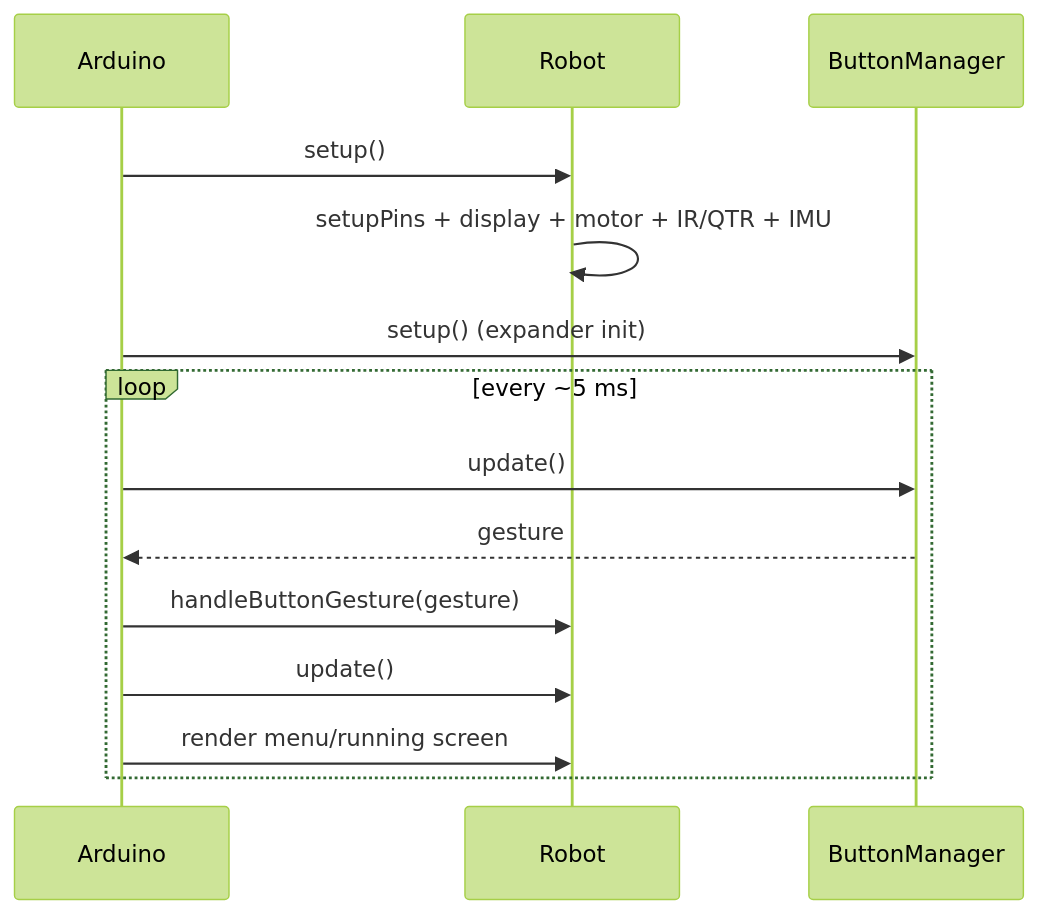
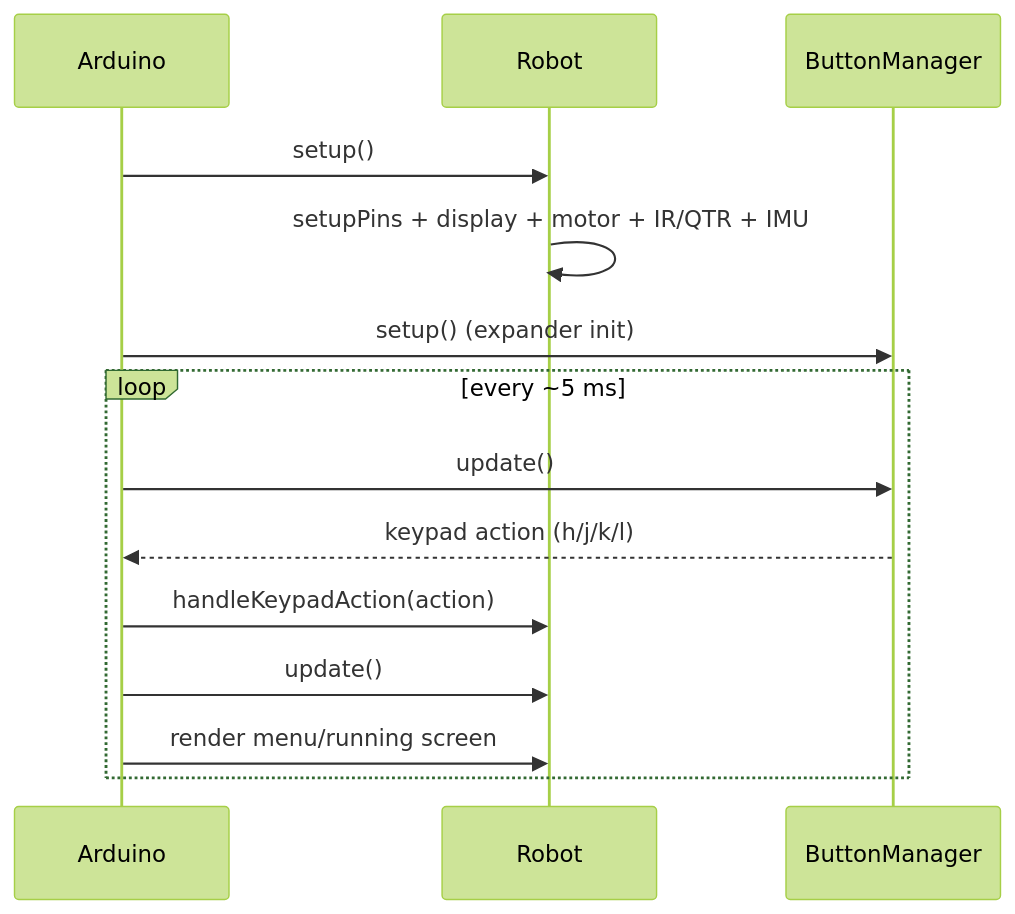
Before and after one commit to progenor/SumoV2: the second of 3 diagrams in docs/PROJECT_ARCHITECTURE.md, drawn with Mermaid (forest theme). The commit also changed other lines of this file and 13 other files, not shown here.

````diff
--- a/docs/PROJECT_ARCHITECTURE.md
+++ b/docs/PROJECT_ARCHITECTURE.md
@@ -27,18 +27,18 @@
 ```mermaid
 sequenceDiagram
     participant A as Arduino
     participant R as Robot
     participant B as ButtonManager
 
     A->>R: setup()
     R->>R: setupPins + display + motor + IR/QTR + IMU
     A->>B: setup() (expander init)
 
     loop every ~5 ms
         A->>B: update()
-        B-->>A: gesture
-        A->>R: handleButtonGesture(gesture)
+        B-->>A: keypad action (h/j/k/l)
+        A->>R: handleKeypadAction(action)
         A->>R: update()
         A->>R: render menu/running screen
     end
 ```
````
